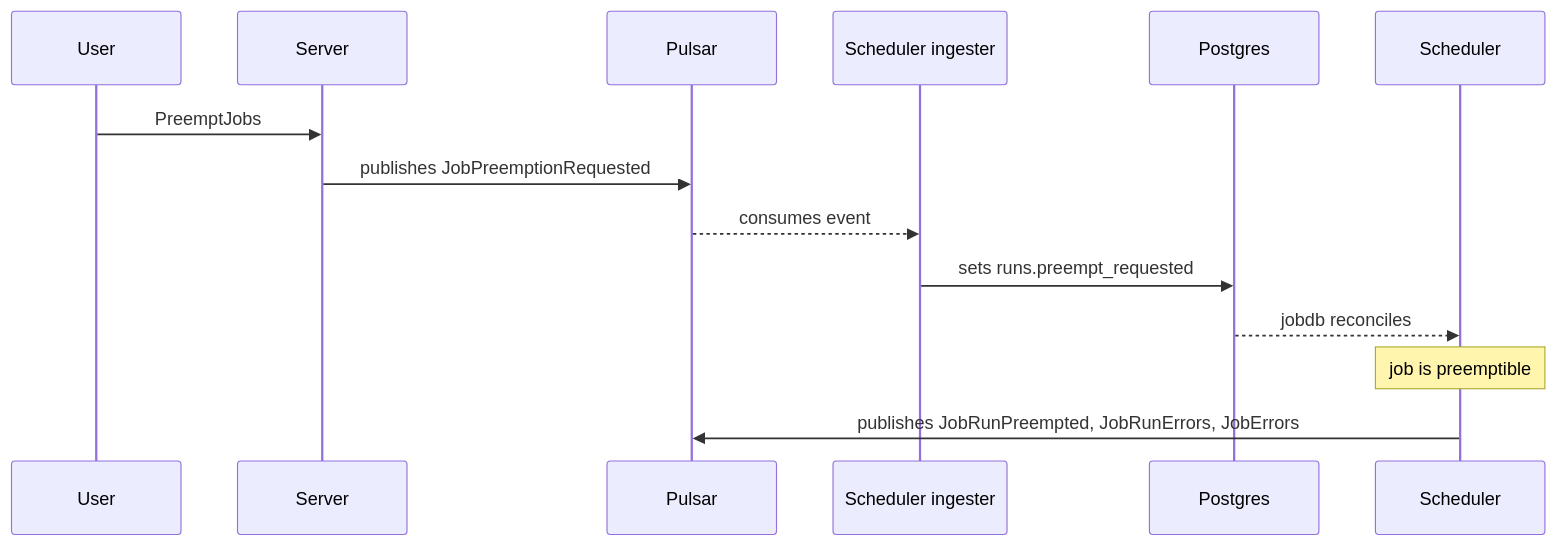
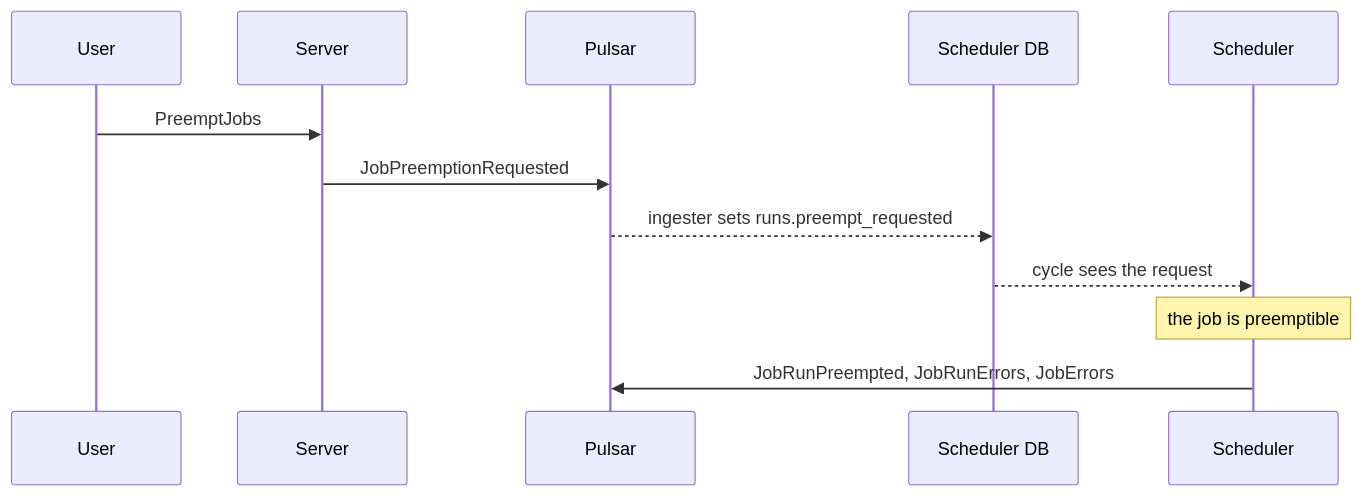
One commit to armadaproject/armada changed the ninth of 11 diagrams in docs/developer/job-lifecycle-events.md. Above: the diagram before and after it, drawn with Mermaid. The commit also changed other lines of this file, not shown here.

Commit message:
Restructure the job lifecycle events doc for readers

````diff
--- a/docs/developer/job-lifecycle-events.md
+++ b/docs/developer/job-lifecycle-events.md
@@ -444,16 +547,14 @@
 ```mermaid
 sequenceDiagram
     participant U as User
     participant S as Server
     participant P as Pulsar
-    participant SI as Scheduler ingester
-    participant Pg as Postgres
+    participant Pg as Scheduler DB
     participant Sc as Scheduler
     U->>S: PreemptJobs
-    S->>P: publishes JobPreemptionRequested
-    P-->>SI: consumes event
-    SI->>Pg: sets runs.preempt_requested
-    Pg-->>Sc: jobdb reconciles
-    Note over Sc: job is preemptible
-    Sc->>P: publishes JobRunPreempted, JobRunErrors, JobErrors
+    S->>P: JobPreemptionRequested
+    P-->>Pg: ingester sets runs.preempt_requested
+    Pg-->>Sc: cycle sees the request
+    Note over Sc: the job is preemptible
+    Sc->>P: JobRunPreempted, JobRunErrors, JobErrors
 ```
````
